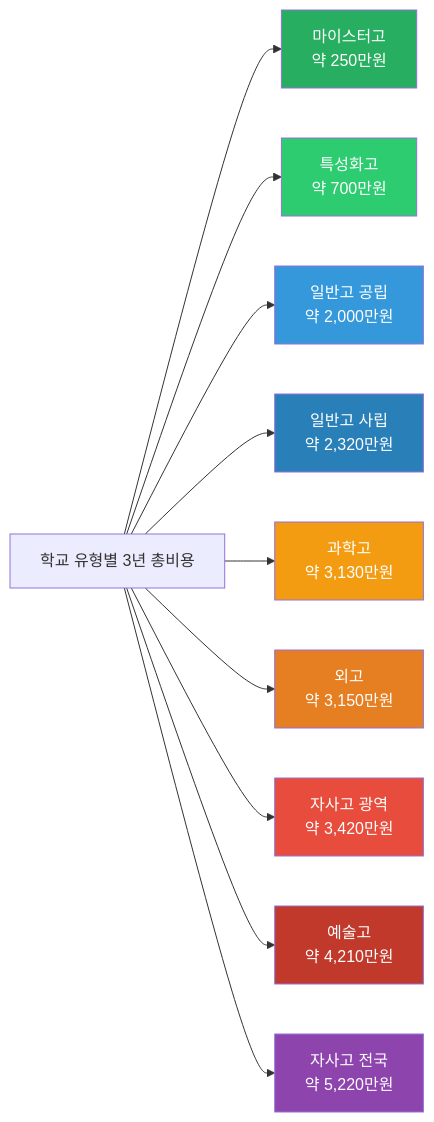
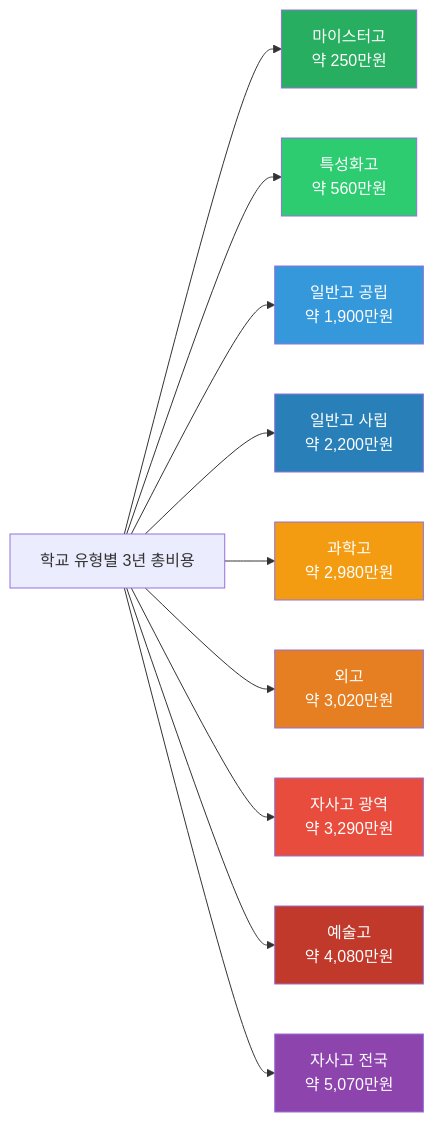
The first of 5 diagrams in frontend/public/resource-hub/parent_guide_financial_planning.md (Collegenie-X/AI-career-path), drawn with Mermaid before and after one commit. The commit also changed other lines of this file and 5 other files, not shown here.

````diff
--- a/frontend/public/resource-hub/parent_guide_financial_planning.md
+++ b/frontend/public/resource-hub/parent_guide_financial_planning.md
@@ -237,22 +247,22 @@
 ```mermaid
 graph LR
     A[학교 유형별 3년 총비용] --> B[마이스터고<br/>약 250만원]
-    A --> C[특성화고<br/>약 700만원]
-    A --> D[일반고 공립<br/>약 2,000만원]
-    A --> E[일반고 사립<br/>약 2,320만원]
-    A --> F[과학고<br/>약 3,130만원]
-    A --> G[외고<br/>약 3,150만원]
-    A --> H[자사고 광역<br/>약 3,420만원]
-    A --> I[예술고<br/>약 4,210만원]
-    A --> J[자사고 전국<br/>약 5,220만원]
+    A --> C[특성화고<br/>약 560만원]
+    A --> D[일반고 공립<br/>약 1,900만원]
+    A --> E[일반고 사립<br/>약 2,200만원]
+    A --> F[과학고<br/>약 2,980만원]
+    A --> G[외고<br/>약 3,020만원]
+    A --> H[자사고 광역<br/>약 3,290만원]
+    A --> I[예술고<br/>약 4,080만원]
+    A --> J[자사고 전국<br/>약 5,070만원]
 
     style B fill:#27ae60,color:#fff
     style C fill:#2ecc71,color:#fff
     style D fill:#3498db,color:#fff
     style E fill:#2980b9,color:#fff
     style F fill:#f39c12,color:#fff
     style G fill:#e67e22,color:#fff
     style H fill:#e74c3c,color:#fff
     style I fill:#c0392b,color:#fff
     style J fill:#8e44ad,color:#fff
 ```
````
